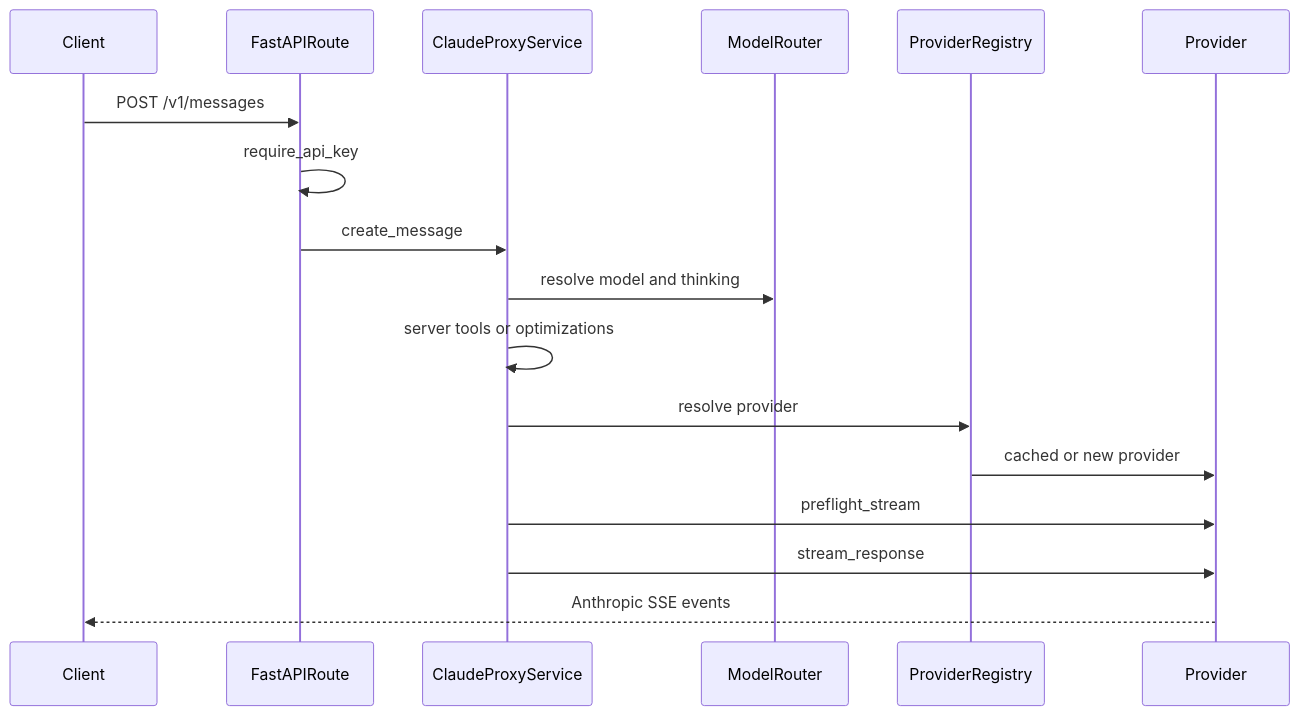
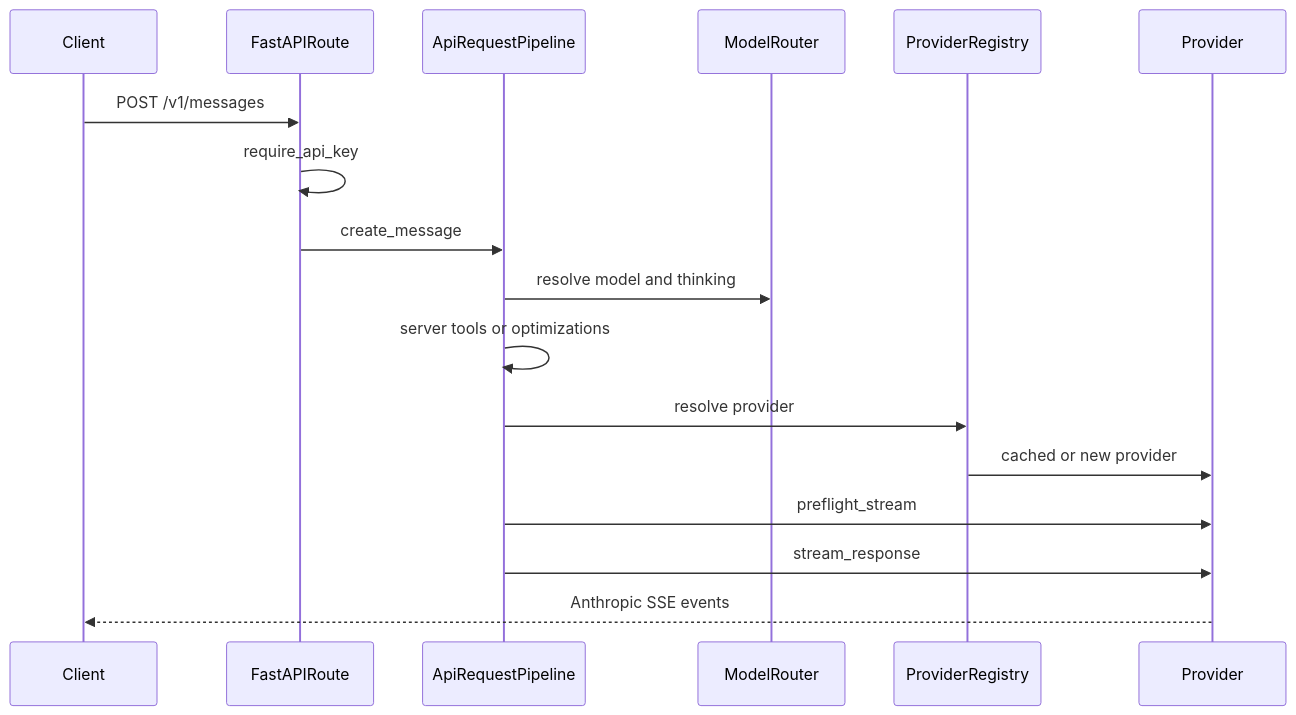
The second of 3 diagrams in ARCHITECTURE.md (shinmentakezo07/shin07), drawn with Mermaid before and after one commit. The commit also changed other lines of this file and 11 other files, not shown here.

Commit message:
Refactor API request pipeline (#851)

````diff
--- a/ARCHITECTURE.md
+++ b/ARCHITECTURE.md
@@ -229,20 +230,20 @@
 ```mermaid
 sequenceDiagram
     participant Client
     participant Route as FastAPIRoute
-    participant Service as ClaudeProxyService
+    participant Pipeline as ApiRequestPipeline
     participant Router as ModelRouter
     participant Registry as ProviderRegistry
     participant Provider
 
     Client->>Route: POST /v1/messages
     Route->>Route: require_api_key
-    Route->>Service: create_message
-    Service->>Router: resolve model and thinking
-    Service->>Service: server tools or optimizations
-    Service->>Registry: resolve provider
+    Route->>Pipeline: create_message
+    Pipeline->>Router: resolve model and thinking
+    Pipeline->>Pipeline: server tools or optimizations
+    Pipeline->>Registry: resolve provider
     Registry->>Provider: cached or new provider
-    Service->>Provider: preflight_stream
-    Service->>Provider: stream_response
+    Pipeline->>Provider: preflight_stream
+    Pipeline->>Provider: stream_response
     Provider-->>Client: Anthropic SSE events
 ```
````
